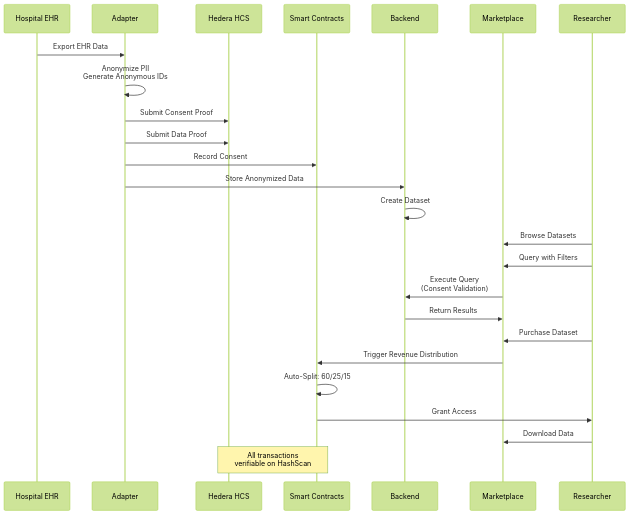
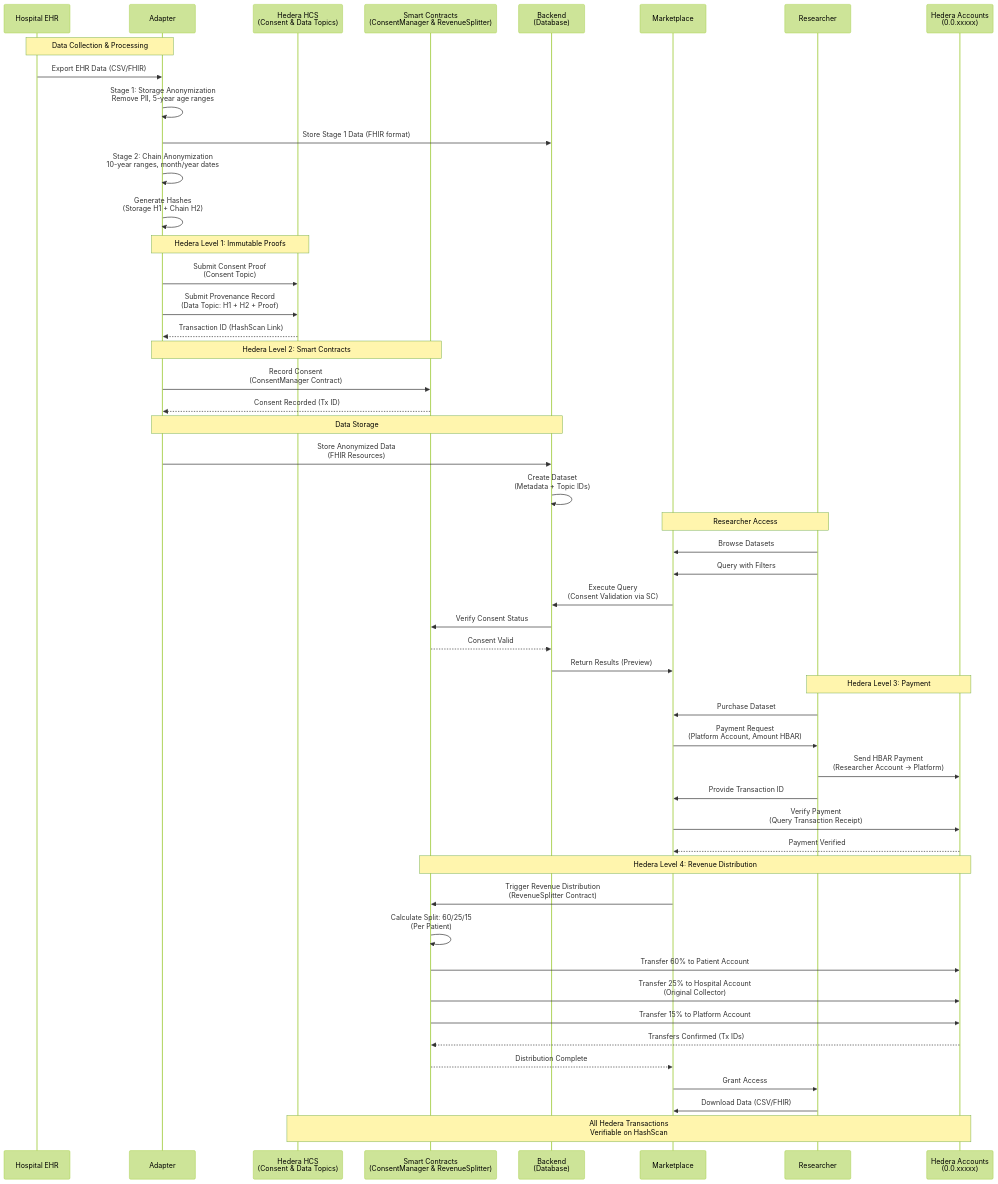
Before and after one commit to najuna-brian/medipact: the third of 8 diagrams in README.md, drawn with Mermaid (forest theme). The commit also changed other lines of this file, not shown here.

````diff
--- a/README.md
+++ b/README.md
@@ -136,30 +143,60 @@
 ```mermaid
 sequenceDiagram
     participant H as Hospital EHR
     participant A as Adapter
-    participant HCS as Hedera HCS
-    participant SC as Smart Contracts
-    participant B as Backend
+    participant HCS as Hedera HCS<br/>(Consent & Data Topics)
+    participant SC as Smart Contracts<br/>(ConsentManager & RevenueSplitter)
+    participant B as Backend<br/>(Database)
     participant M as Marketplace
     participant R as Researcher
+    participant HA as Hedera Accounts<br/>(0.0.xxxxx)
     
-    H->>A: Export EHR Data
-    A->>A: Anonymize PII<br/>Generate Anonymous IDs
-    A->>HCS: Submit Consent Proof
-    A->>HCS: Submit Data Proof
-    A->>SC: Record Consent
-    A->>B: Store Anonymized Data
-    B->>B: Create Dataset
+    Note over H,A: Data Collection & Processing
+    H->>A: Export EHR Data (CSV/FHIR)
+    A->>A: Stage 1: Storage Anonymization<br/>Remove PII, 5-year age ranges
+    A->>B: Store Stage 1 Data (FHIR format)
+    A->>A: Stage 2: Chain Anonymization<br/>10-year ranges, month/year dates
+    A->>A: Generate Hashes<br/>(Storage H1 + Chain H2)
     
+    Note over A,HCS: Hedera Level 1: Immutable Proofs
+    A->>HCS: Submit Consent Proof<br/>(Consent Topic)
+    A->>HCS: Submit Provenance Record<br/>(Data Topic: H1 + H2 + Proof)
+    HCS-->>A: Transaction ID (HashScan Link)
+    
+    Note over A,SC: Hedera Level 2: Smart Contracts
+    A->>SC: Record Consent<br/>(ConsentManager Contract)
+    SC-->>A: Consent Recorded (Tx ID)
+    
+    Note over A,B: Data Storage
+    A->>B: Store Anonymized Data<br/>(FHIR Resources)
+    B->>B: Create Dataset<br/>(Metadata + Topic IDs)
+    
+    Note over R,M: Researcher Access
     R->>M: Browse Datasets
     R->>M: Query with Filters
-    M->>B: Execute Query<br/>(Consent Validation)
-    B->>M: Return Results
+    M->>B: Execute Query<br/>(Consent Validation via SC)
+    B->>SC: Verify Consent Status
+    SC-->>B: Consent Valid
+    B->>M: Return Results (Preview)
+    
+    Note over R,HA: Hedera Level 3: Payment
     R->>M: Purchase Dataset
-    M->>SC: Trigger Revenue Distribution
-    SC->>SC: Auto-Split: 60/25/15
-    SC->>R: Grant Access
-    R->>M: Download Data
+    M->>R: Payment Request<br/>(Platform Account, Amount HBAR)
+    R->>HA: Send HBAR Payment<br/>(Researcher Account → Platform)
+    R->>M: Provide Transaction ID
+    M->>HA: Verify Payment<br/>(Query Transaction Receipt)
+    HA-->>M: Payment Verified
     
-    Note over HCS,SC: All transactions<br/>verifiable on HashScan
+    Note over SC,HA: Hedera Level 4: Revenue Distribution
+    M->>SC: Trigger Revenue Distribution<br/>(RevenueSplitter Contract)
+    SC->>SC: Calculate Split: 60/25/15<br/>(Per Patient)
+    SC->>HA: Transfer 60% to Patient Account
+    SC->>HA: Transfer 25% to Hospital Account<br/>(Original Collector)
+    SC->>HA: Transfer 15% to Platform Account
+    HA-->>SC: Transfers Confirmed (Tx IDs)
+    SC-->>M: Distribution Complete
+    M->>R: Grant Access
+    R->>M: Download Data (CSV/FHIR)
+    
+    Note over HCS,HA: All Hedera Transactions<br/>Verifiable on HashScan
 ```
````
